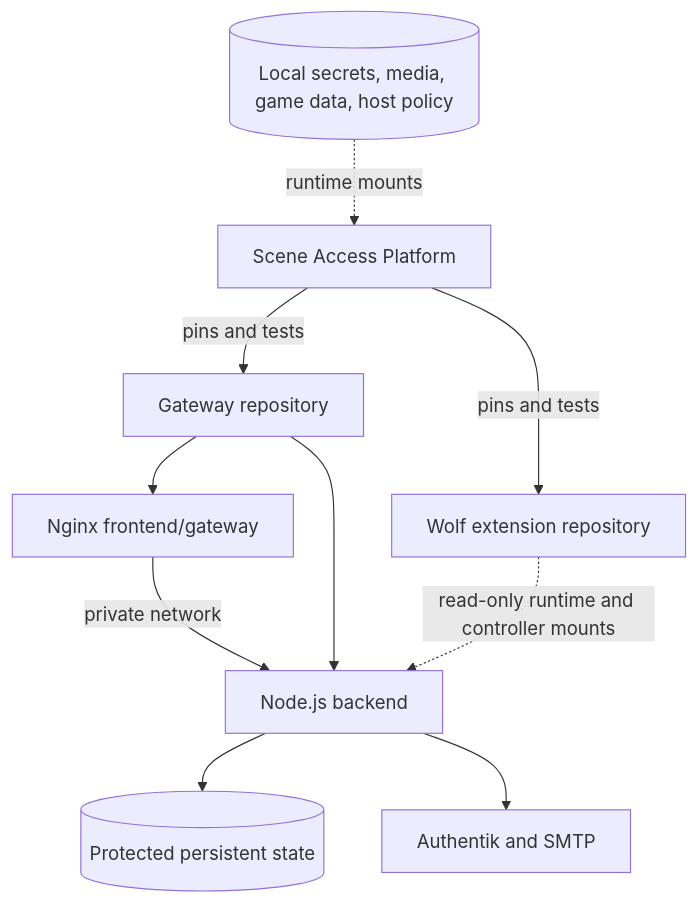
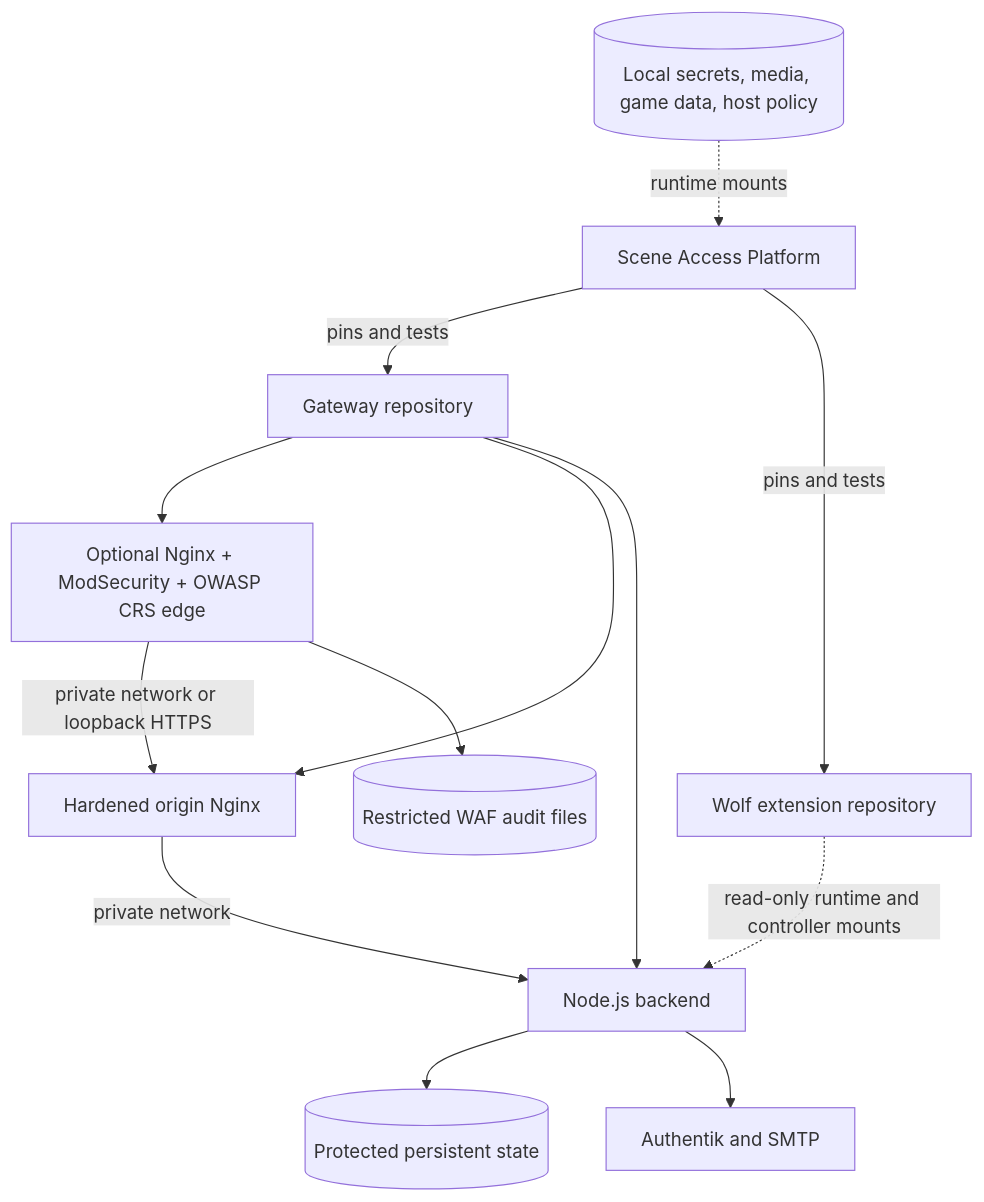
Before and after one commit to zipkindev/scene-access-gateway: the diagram in docs/architecture/README.md, drawn with Mermaid. The commit also changed other lines of this file and 13 other files, not shown here.

Commit message:
Track OWASP CRS WAF deployment component

````diff
--- a/docs/architecture/README.md
+++ b/docs/architecture/README.md
@@ -21,12 +22,15 @@
 ```mermaid
 flowchart TB
     Platform[Scene Access Platform] -->|pins and tests| GatewayRepo[Gateway repository]
     Platform -->|pins and tests| WolfRepo[Wolf extension repository]
-    GatewayRepo --> Frontend[Nginx frontend/gateway]
+    GatewayRepo --> WAF[Optional Nginx + ModSecurity + OWASP CRS edge]
+    GatewayRepo --> Frontend[Hardened origin Nginx]
     GatewayRepo --> Backend[Node.js backend]
     WolfRepo -. read-only runtime and controller mounts .-> Backend
+    WAF -->|private network or loopback HTTPS| Frontend
+    WAF --> WafAudit[(Restricted WAF audit files)]
     Frontend -->|private network| Backend
     Backend --> State[(Protected persistent state)]
     Backend --> Identity[Authentik and SMTP]
     Local[(Local secrets, media, game data, host policy)] -. runtime mounts .-> Platform
 ```
````
